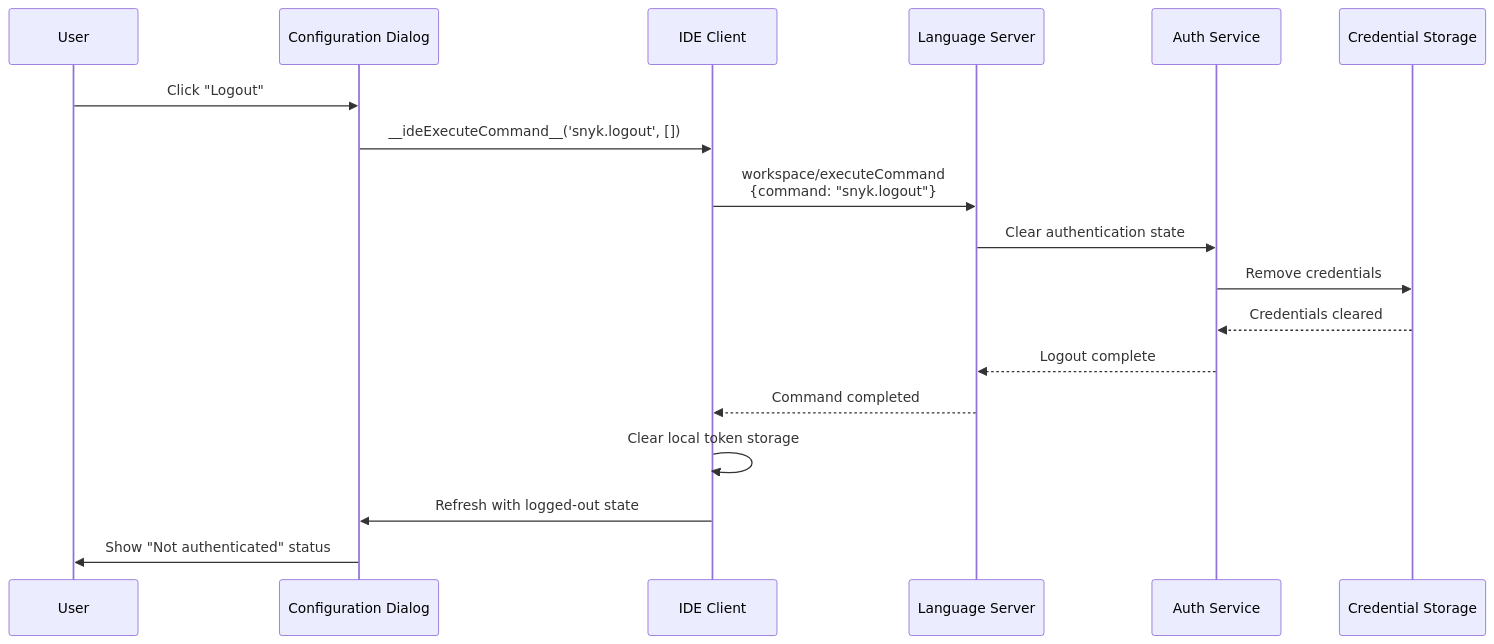
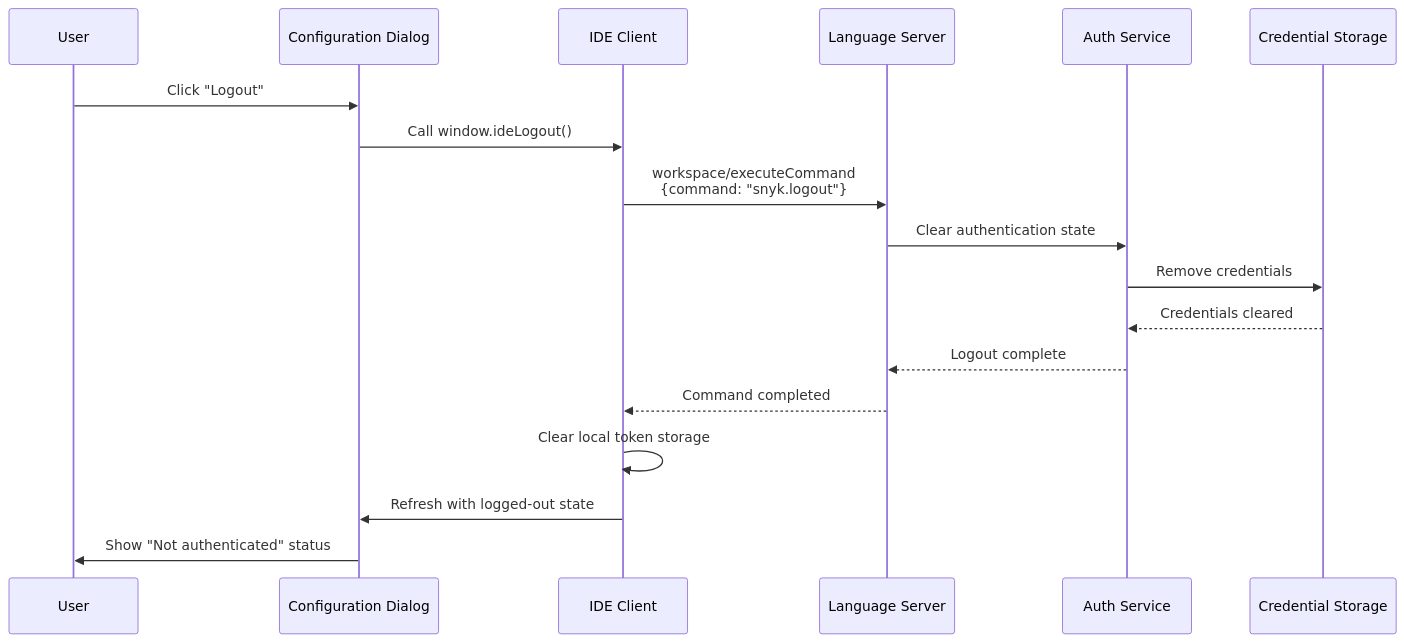
One commit to snyk/snyk-ls changed the fifth of 5 diagrams in docs/configuration-dialog.md. Above: the diagram before and after it, drawn with Mermaid. The commit also changed other lines of this file and 387 other files, not shown here.

````diff
--- a/docs/configuration-dialog.md
+++ b/docs/configuration-dialog.md
@@ -378,26 +542,26 @@
 ```mermaid
 sequenceDiagram
     participant User as User
     participant Dialog as Configuration Dialog
     participant IDE as IDE Client
     participant LSP as Language Server
     participant Auth as Auth Service
     participant Storage as Credential Storage
     
     User->>Dialog: Click "Logout"
-    Dialog->>IDE: __ideExecuteCommand__('snyk.logout', [])
+    Dialog->>IDE: Call window.ideLogout()
     
     IDE->>LSP: workspace/executeCommand<br/>{command: "snyk.logout"}
     
     LSP->>Auth: Clear authentication state
     Auth->>Storage: Remove credentials
     Storage-->>Auth: Credentials cleared
     Auth-->>LSP: Logout complete
     
     LSP-->>IDE: Command completed
     
     IDE->>IDE: Clear local token storage
     
     IDE->>Dialog: Refresh with logged-out state
     Dialog->>User: Show "Not authenticated" status
 ```
````
